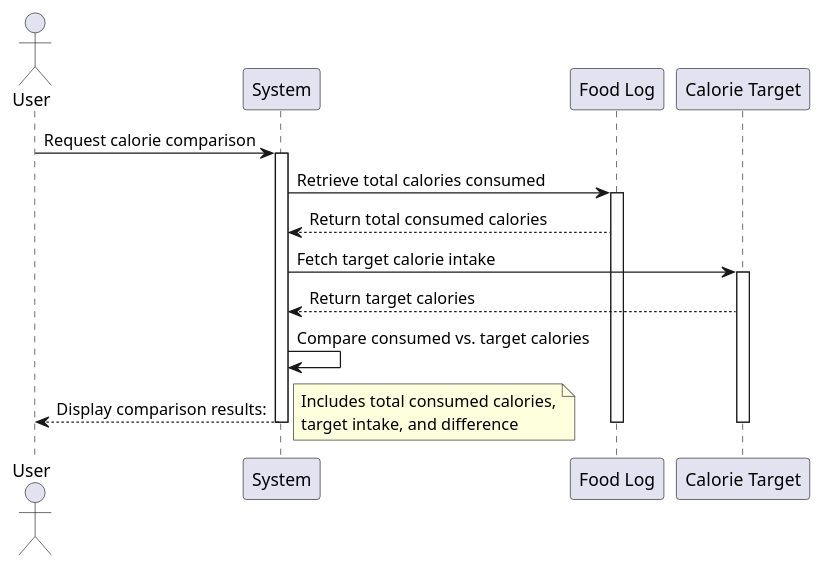
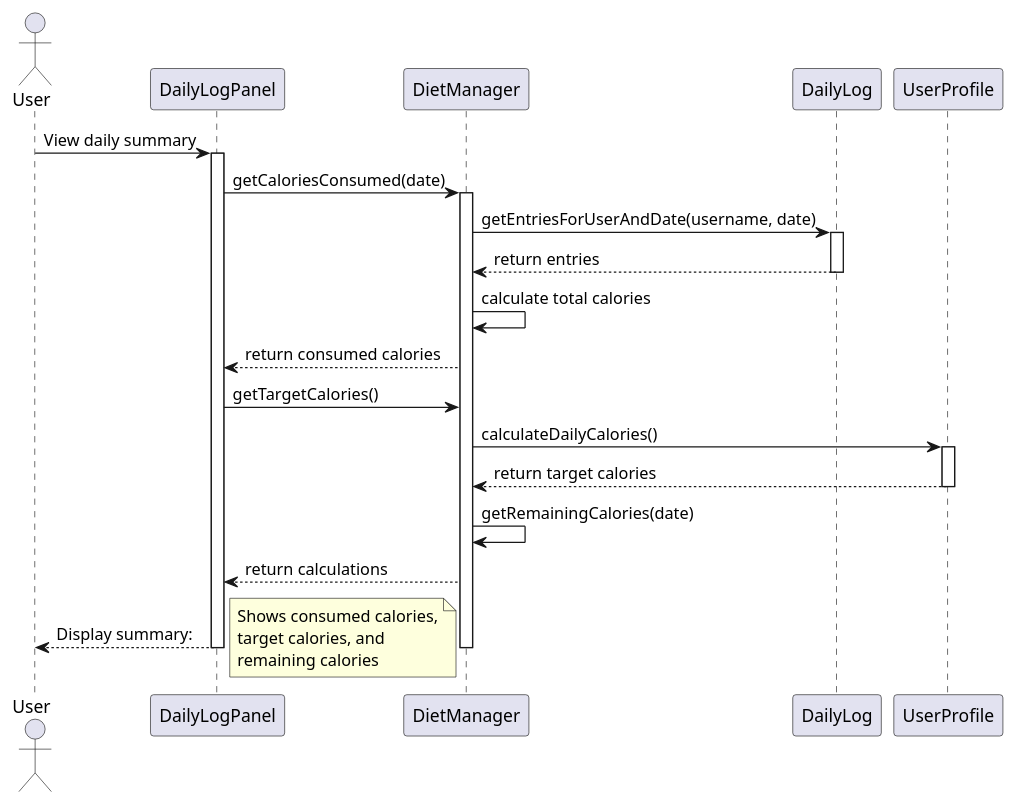
One commit to Kriti1908/Diet-Manager changed the diagram in seq5.puml. Above: the diagram before and after it, drawn with PlantUML. The commit also changed 11 other files, not shown here.

Commit message:
updated diagrams

```diff
--- a/seq5.puml
+++ b/seq5.puml
@@ -1,25 +1,37 @@
 @startuml uc9
 actor User
-participant "System" as System
-participant "Food Log" as Log
-participant "Calorie Target" as Target
+participant "DailyLogPanel" as DLP
+participant "DietManager" as DM
+participant "DailyLog" as DL
+participant "UserProfile" as UP
 
-User -> System : Request calorie comparison
-activate System
+User -> DLP : View daily summary
+activate DLP
 
-System -> Log : Retrieve total calories consumed
-activate Log
+DLP -> DM : getCaloriesConsumed(date)
+activate DM
 
-Log --> System : Return total consumed calories
-System -> Target : Fetch target calorie intake
-activate Target
+DM -> DL : getEntriesForUserAndDate(username, date)
+activate DL
+DL --> DM : return entries
+deactivate DL
 
-Target --> System : Return target calories
-System -> System : Compare consumed vs. target calories
-System --> User : Display comparison results:
-note right: Includes total consumed calories,\ntarget intake, and difference
-deactivate Target
-deactivate Log
-deactivate System
+DM -> DM : calculate total calories
+DM --> DLP : return consumed calories
+
+DLP -> DM : getTargetCalories()
+DM -> UP : calculateDailyCalories()
+activate UP
+UP --> DM : return target calories
+deactivate UP
+
+DM -> DM : getRemainingCalories(date)
+DM --> DLP : return calculations
+
+DLP --> User : Display summary:
+note right: Shows consumed calories,\ntarget calories, and\nremaining calories
+
+deactivate DM
+deactivate DLP
 
 @enduml
```
